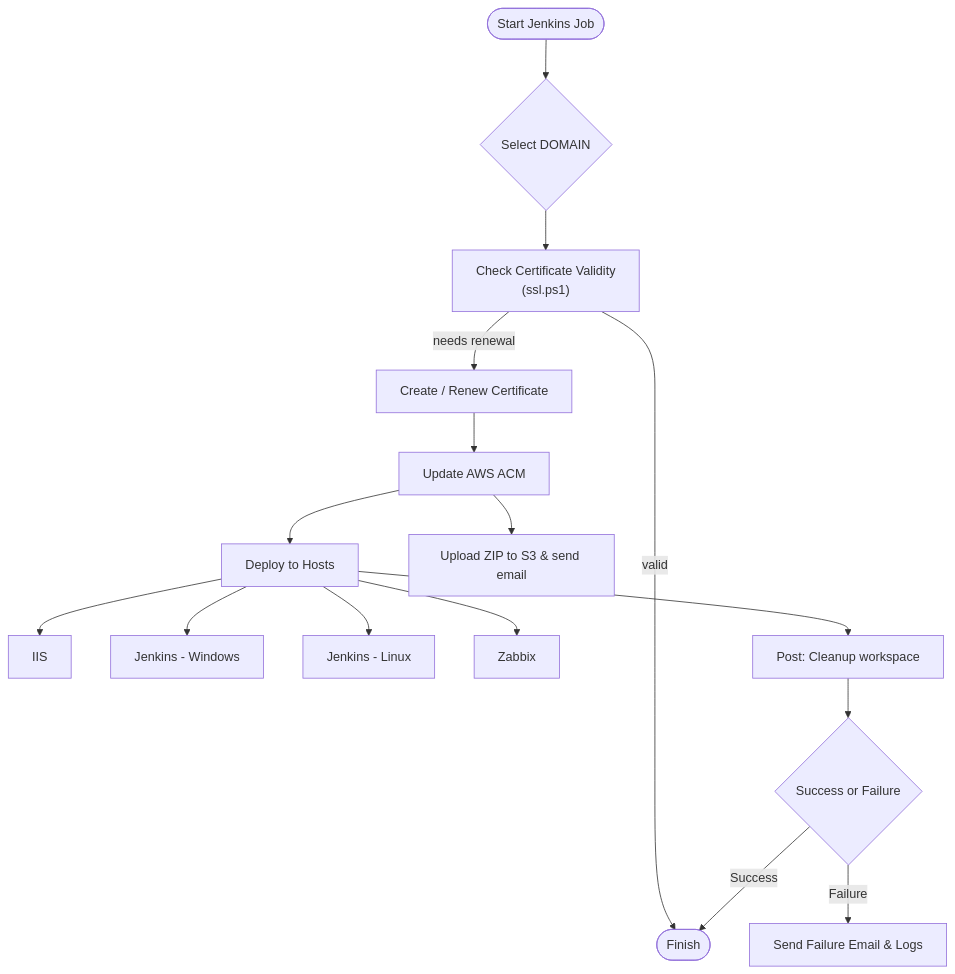
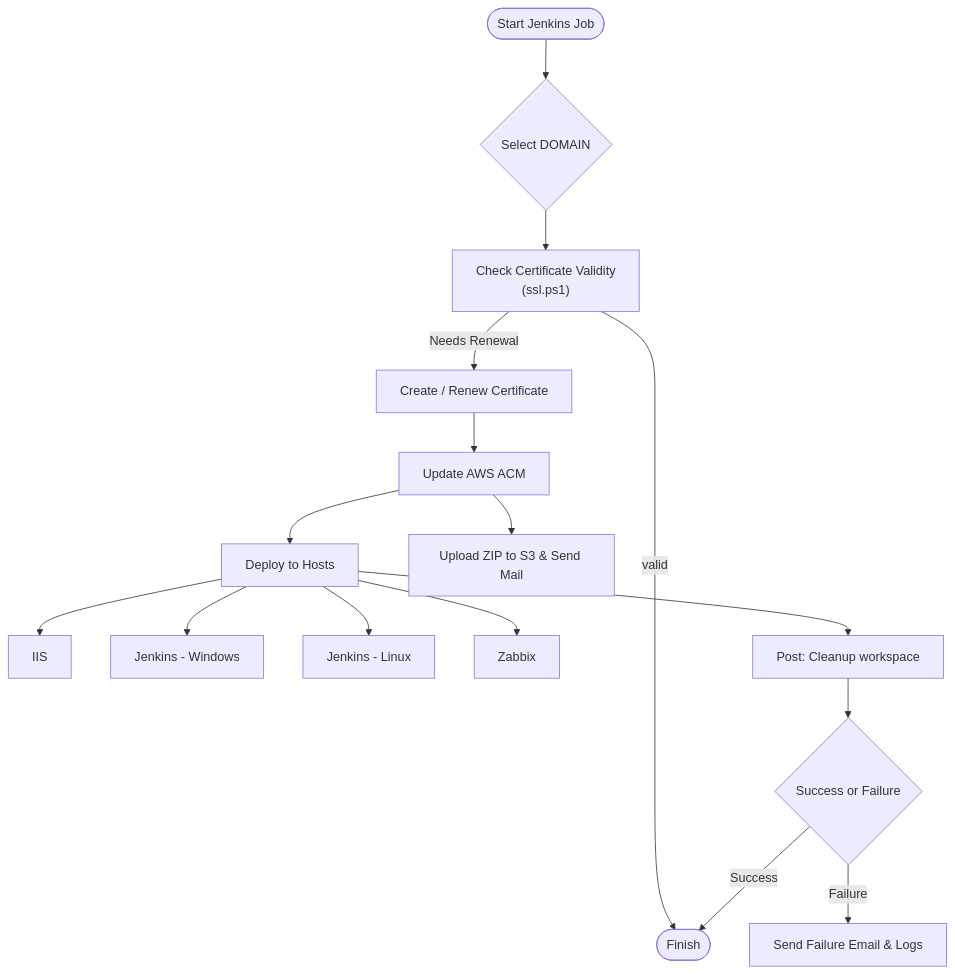
Before and after one commit to sarowar-alam/sarowar: the diagram in Automate_Certificate_Renewal/README.md, drawn with Mermaid. The commit also changed other lines of this file, not shown here.

````diff
--- a/Automate_Certificate_Renewal/README.md
+++ b/Automate_Certificate_Renewal/README.md
@@ -95,34 +95,34 @@
   ```mermaid
   flowchart TD
     start([Start Jenkins Job])
     choose{Select DOMAIN}
     check["Check Certificate Validity\n(ssl.ps1)"]
     renew["Create / Renew Certificate"]
     acm["Update AWS ACM"]
     deploy["Deploy to Hosts"]
     iis[IIS]
     jwin["Jenkins - Windows"]
     jlin["Jenkins - Linux"]
     zbx[Zabbix]
-    email["Upload ZIP to S3 & send email"]
+    email["Upload ZIP to S3 & Send Mail"]
     cleanup["Post: Cleanup workspace"]
     result{"Success or Failure"}
     finish([Finish])
     fail["Send Failure Email & Logs"]
 
     start --> choose
     choose --> check
-    check -- "needs renewal" --> renew
+    check -- "Needs Renewal" --> renew
     check -- "valid" --> finish
     renew --> acm
     acm --> deploy
     deploy --> iis
     deploy --> jwin
     deploy --> jlin
     deploy --> zbx
     acm --> email
     deploy --> cleanup
     cleanup --> result
     result -- "Success" --> finish
     result -- "Failure" --> fail
   ```
````
